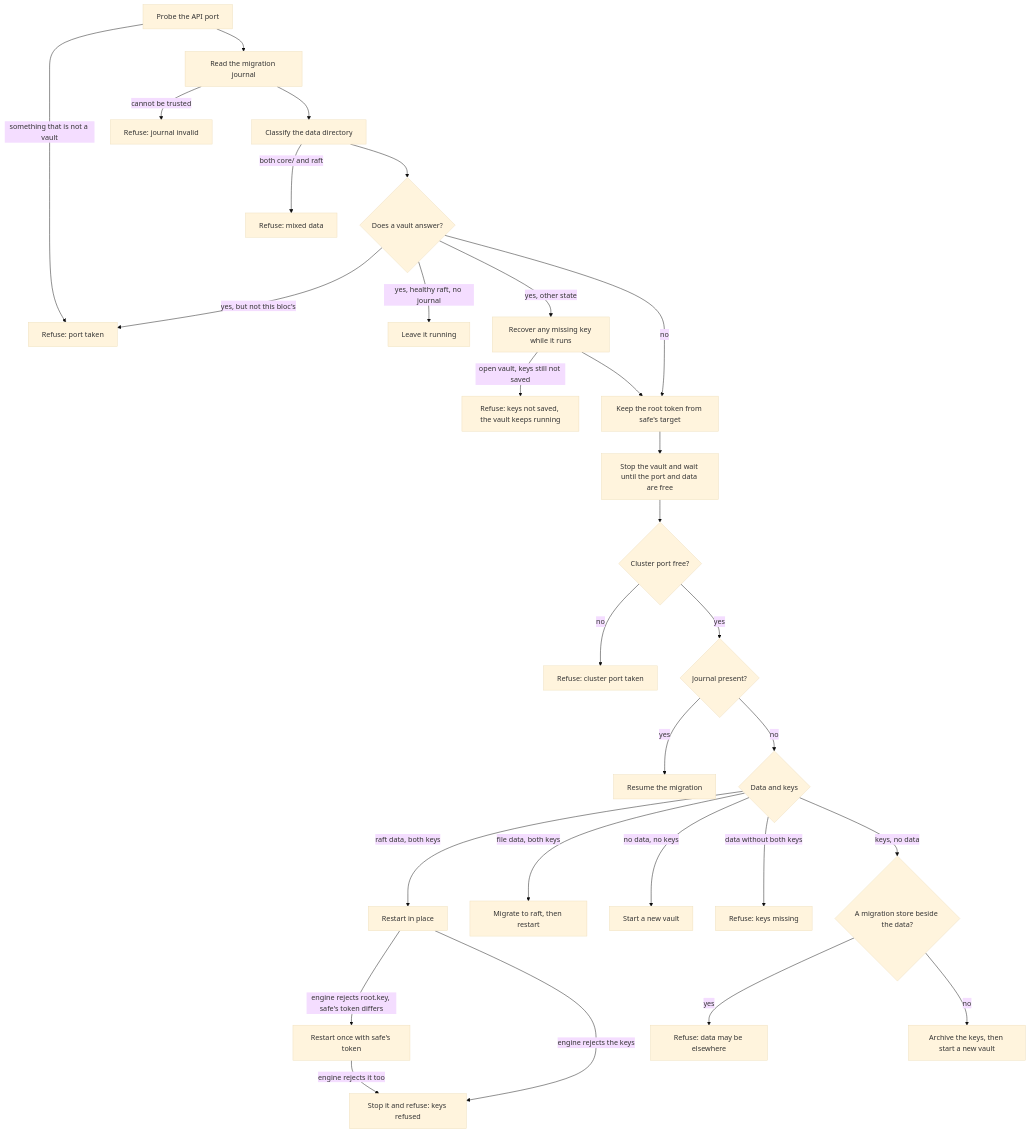
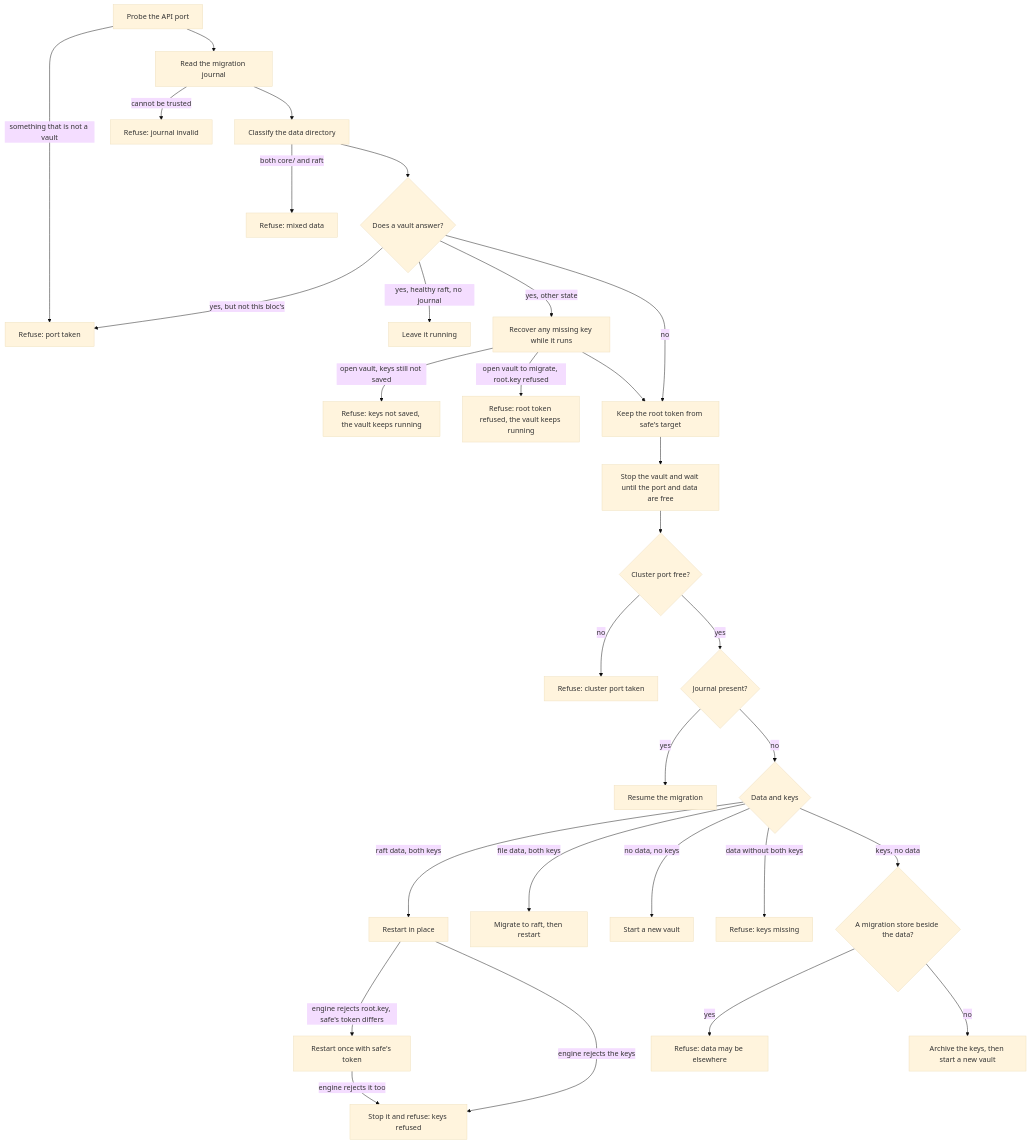
The diagram in docs/inception-vault.md (fivetwenty-io/ocfp-cli), drawn with Mermaid (base theme) before and after one commit. The commit also changed other lines of this file and 5 other files, not shown here.

First line of the commit message:
Check root.key before migrating an open vault

````diff
--- a/docs/inception-vault.md
+++ b/docs/inception-vault.md
@@ -68,31 +68,32 @@
 ```mermaid
 flowchart TD
     A[Probe the API port] -->|something that is not a vault| X1[Refuse: port taken]
     A --> B[Read the migration journal]
     B -->|cannot be trusted| X2[Refuse: journal invalid]
     B --> C[Classify the data directory]
     C -->|both core/ and raft| X3[Refuse: mixed data]
     C --> D{Does a vault answer?}
     D -->|yes, but not this bloc's| X1
     D -->|yes, healthy raft, no journal| H[Leave it running]
     D -->|yes, other state| R[Recover any missing key while it runs]
     R -->|open vault, keys still not saved| X5[Refuse: keys not saved, the vault keeps running]
+    R -->|open vault to migrate, root.key refused| X9[Refuse: root token refused, the vault keeps running]
     D -->|no| T
     R --> T[Keep the root token from safe's target]
     T --> S[Stop the vault and wait until the port and data are free]
     S --> P{Cluster port free?}
     P -->|no| X4[Refuse: cluster port taken]
     P -->|yes| J{Journal present?}
     J -->|yes| M[Resume the migration]
     J -->|no| K{Data and keys}
     K -->|raft data, both keys| RS[Restart in place]
     K -->|file data, both keys| MG[Migrate to raft, then restart]
     K -->|no data, no keys| F[Start a new vault]
     K -->|data without both keys| X7[Refuse: keys missing]
     K -->|keys, no data| BS{A migration store beside the data?}
     BS -->|yes| X8[Refuse: data may be elsewhere]
     BS -->|no| AR[Archive the keys, then start a new vault]
     RS -->|engine rejects root.key, safe's token differs| RT[Restart once with safe's token]
     RS -->|engine rejects the keys| X6[Stop it and refuse: keys refused]
     RT -->|engine rejects it too| X6
 ```
````
